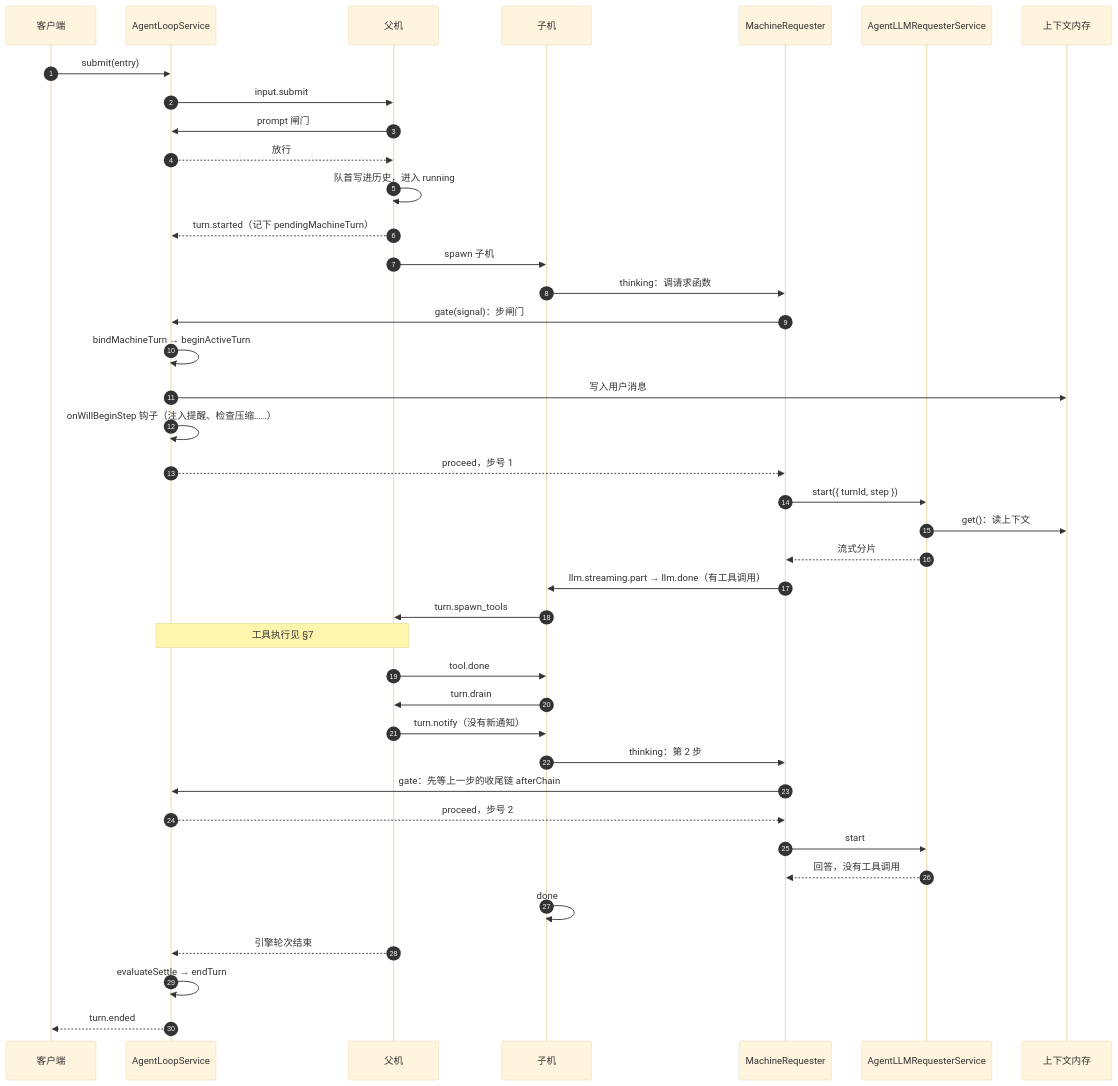
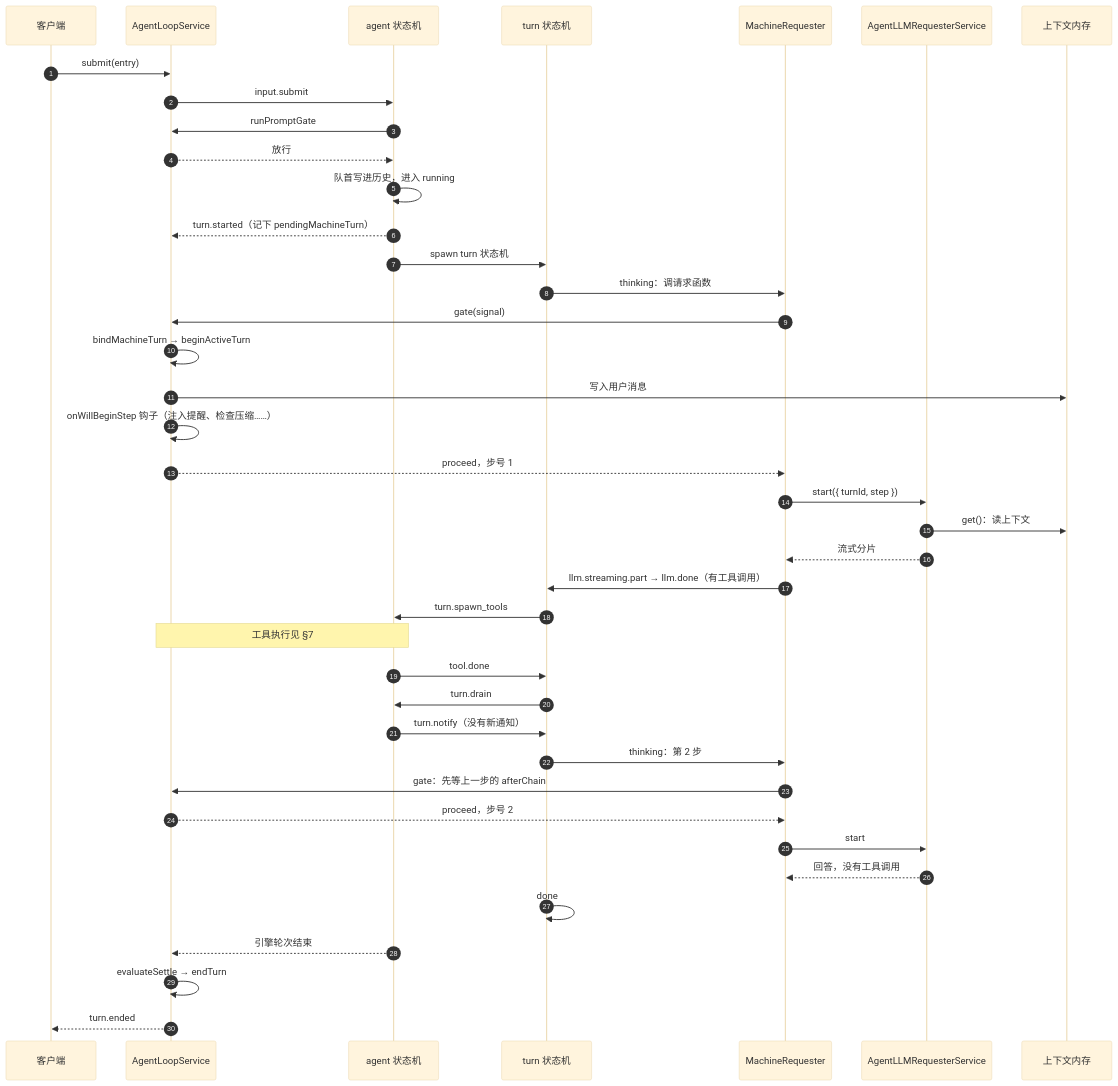
The seventh of 10 diagrams in src/content/post/agents-kimi-code/index.md (nickqiaoo/nickqiaoo.github.io), drawn with Mermaid (base theme) before and after one commit. The commit also changed other lines of this file, not shown here.

````diff
--- a/src/content/post/agents-kimi-code/index.md
+++ b/src/content/post/agents-kimi-code/index.md
@@ -430,43 +430,43 @@
 ```mermaid
 sequenceDiagram
   autonumber
   participant Client as 客户端
   participant LS as AgentLoopService
-  participant AM as 父机
-  participant TM as 子机
+  participant AM as agent 状态机
+  participant TM as turn 状态机
   participant Req as MachineRequester
   participant LLM as AgentLLMRequesterService
   participant Ctx as 上下文内存
 
   Client->>LS: submit(entry)
   LS->>AM: input.submit
-  AM->>LS: prompt 闸门
+  AM->>LS: runPromptGate
   LS-->>AM: 放行
   AM->>AM: 队首写进历史，进入 running
   AM-->>LS: turn.started（记下 pendingMachineTurn）
-  AM->>TM: spawn 子机
+  AM->>TM: spawn turn 状态机
   TM->>Req: thinking：调请求函数
-  Req->>LS: gate(signal)：步闸门
+  Req->>LS: gate(signal)
   LS->>LS: bindMachineTurn → beginActiveTurn
   LS->>Ctx: 写入用户消息
   LS->>LS: onWillBeginStep 钩子（注入提醒、检查压缩……）
   LS-->>Req: proceed，步号 1
   Req->>LLM: start({ turnId, step })
   LLM->>Ctx: get()：读上下文
   LLM-->>Req: 流式分片
   Req->>TM: llm.streaming.part → llm.done（有工具调用）
   TM->>AM: turn.spawn_tools
   Note over AM,LS: 工具执行见 §7
   AM->>TM: tool.done
   TM->>AM: turn.drain
   AM->>TM: turn.notify（没有新通知）
   TM->>Req: thinking：第 2 步
-  Req->>LS: gate：先等上一步的收尾链 afterChain
+  Req->>LS: gate：先等上一步的 afterChain
   LS-->>Req: proceed，步号 2
   Req->>LLM: start
   LLM-->>Req: 回答，没有工具调用
   TM->>TM: done
   AM-->>LS: 引擎轮次结束
   LS->>LS: evaluateSettle → endTurn
   LS-->>Client: turn.ended
 ```
````
